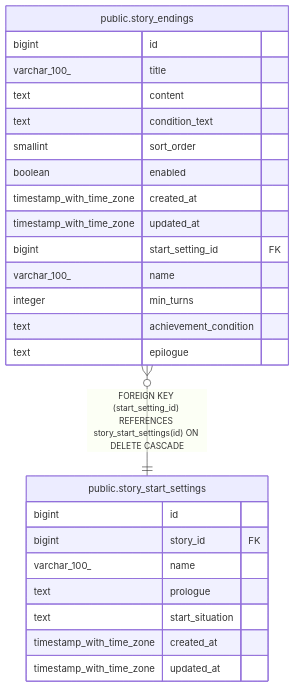
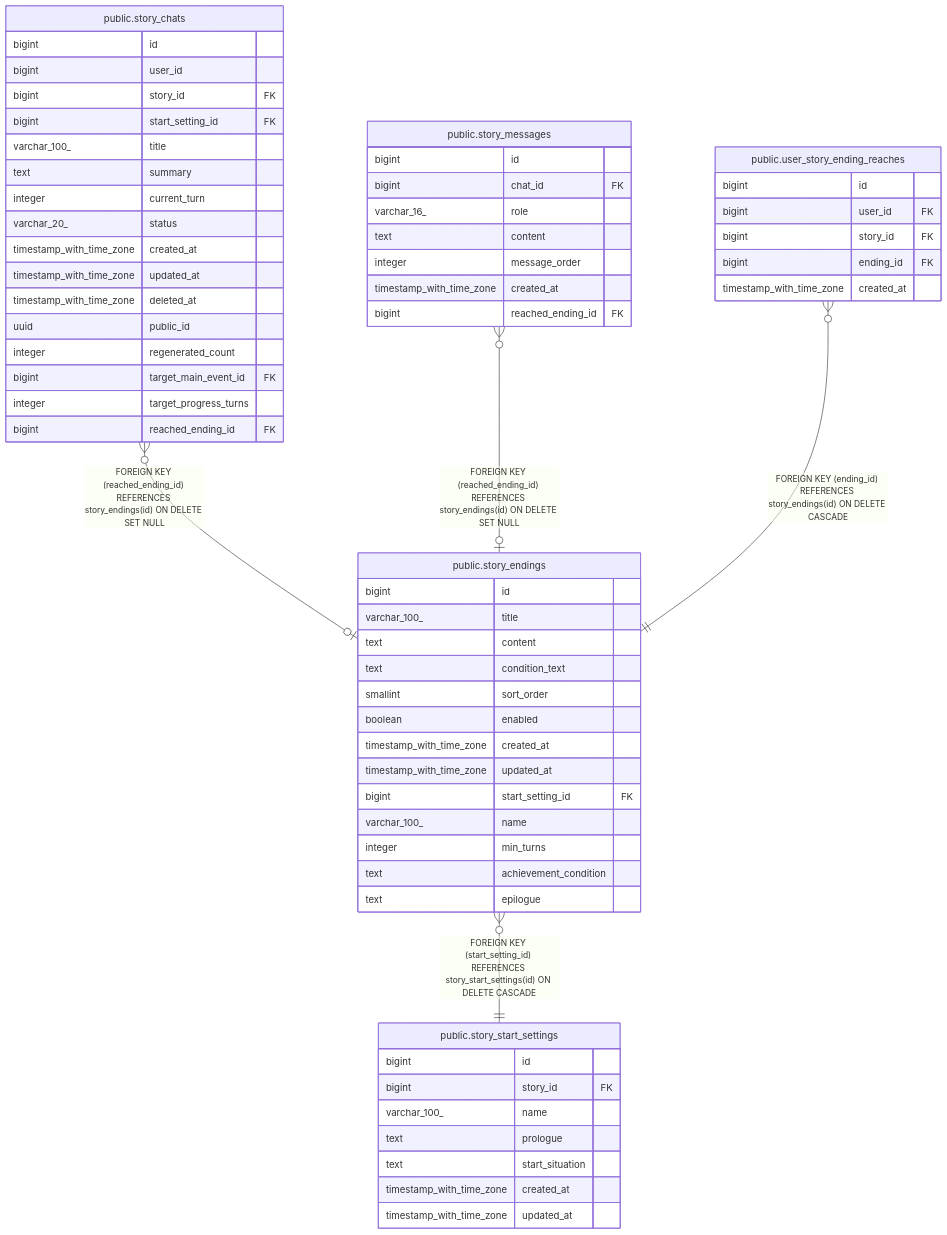
One commit to KIM-N-KANG/manyak-server changed the diagram in dbdoc/public.story_endings.md. Above: the diagram before and after it, drawn with Mermaid. The commit also changed other lines of this file and 46 other files, not shown here.

````diff
--- a/dbdoc/public.story_endings.md
+++ b/dbdoc/public.story_endings.md
@@ -41,30 +41,67 @@
 ```mermaid
 erDiagram
 
+"public.story_chats" }o--o| "public.story_endings" : "FOREIGN KEY (reached_ending_id) REFERENCES story_endings(id) ON DELETE SET NULL"
+"public.story_messages" }o--o| "public.story_endings" : "FOREIGN KEY (reached_ending_id) REFERENCES story_endings(id) ON DELETE SET NULL"
+"public.user_story_ending_reaches" }o--|| "public.story_endings" : "FOREIGN KEY (ending_id) REFERENCES story_endings(id) ON DELETE CASCADE"
 "public.story_endings" }o--|| "public.story_start_settings" : "FOREIGN KEY (start_setting_id) REFERENCES story_start_settings(id) ON DELETE CASCADE"
 
 "public.story_endings" {
   bigint id
   varchar_100_ title
   text content
   text condition_text
   smallint sort_order
   boolean enabled
   timestamp_with_time_zone created_at
   timestamp_with_time_zone updated_at
   bigint start_setting_id FK
   varchar_100_ name
   integer min_turns
   text achievement_condition
   text epilogue
 }
+"public.story_chats" {
+  bigint id
+  bigint user_id
+  bigint story_id FK
+  bigint start_setting_id FK
+  varchar_100_ title
+  text summary
+  integer current_turn
+  varchar_20_ status
+  timestamp_with_time_zone created_at
+  timestamp_with_time_zone updated_at
+  timestamp_with_time_zone deleted_at
+  uuid public_id
+  integer regenerated_count
+  bigint target_main_event_id FK
+  integer target_progress_turns
+  bigint reached_ending_id FK
+}
+"public.story_messages" {
+  bigint id
+  bigint chat_id FK
+  varchar_16_ role
+  text content
+  integer message_order
+  timestamp_with_time_zone created_at
+  bigint reached_ending_id FK
+}
+"public.user_story_ending_reaches" {
+  bigint id
+  bigint user_id FK
+  bigint story_id FK
+  bigint ending_id FK
+  timestamp_with_time_zone created_at
+}
 "public.story_start_settings" {
   bigint id
   bigint story_id FK
   varchar_100_ name
   text prologue
   text start_situation
   timestamp_with_time_zone created_at
   timestamp_with_time_zone updated_at
 }
 ```
````
